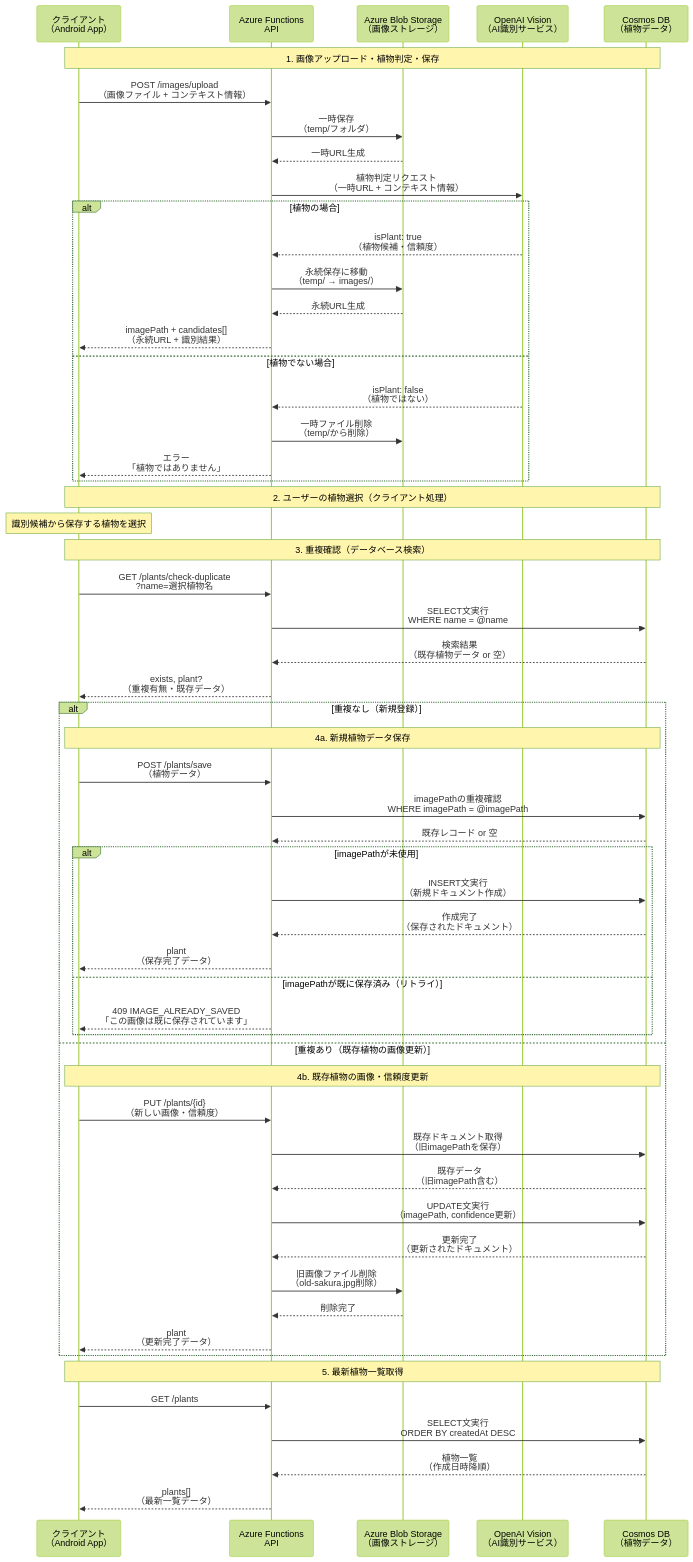
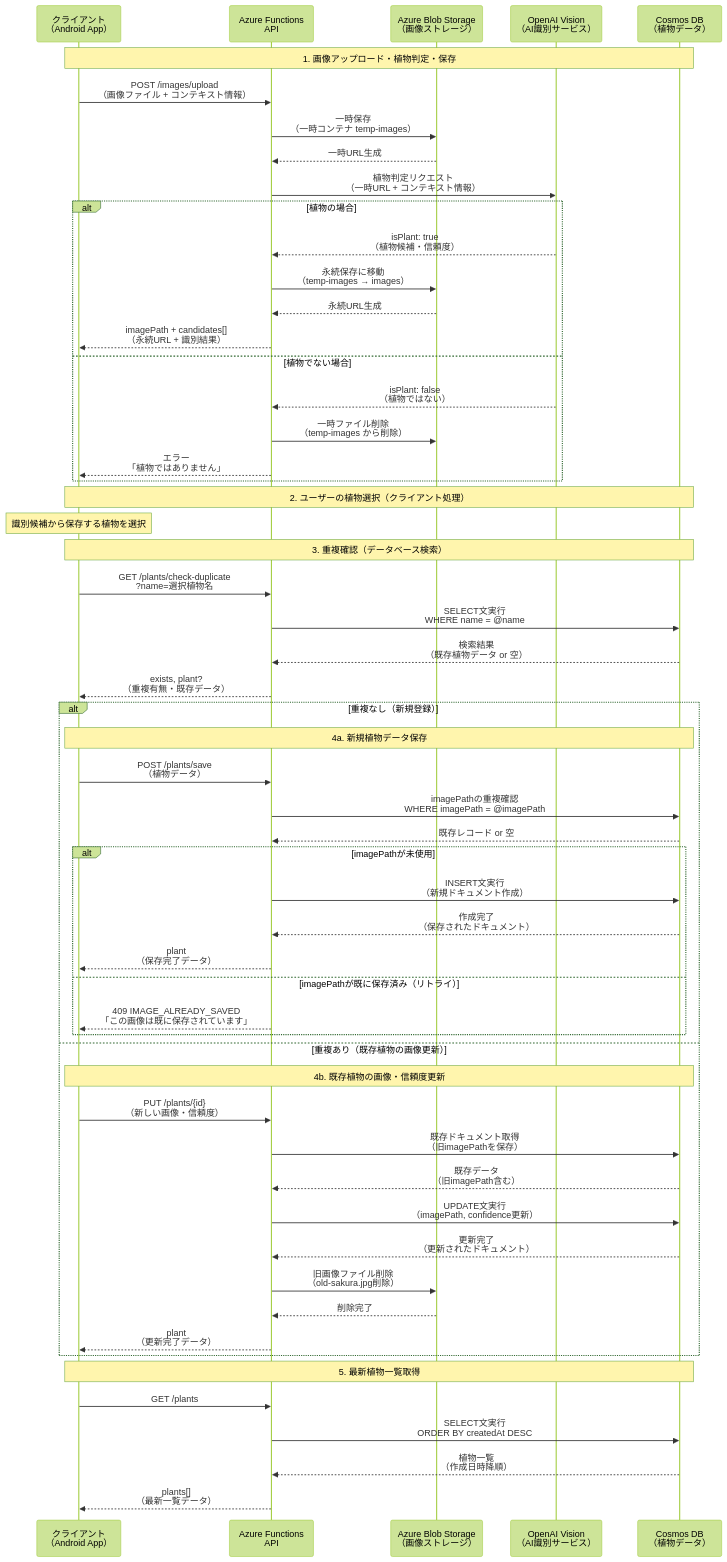
The first of 3 diagrams in docs/07_api_workflow.md (nmasashi/snaplant), drawn with Mermaid (forest theme) before and after one commit. The commit also changed other lines of this file and 12 other files, not shown here.

````diff
--- a/docs/07_api_workflow.md
+++ b/docs/07_api_workflow.md
@@ -12,65 +12,65 @@
 ```mermaid
 sequenceDiagram
     participant Client as クライアント<br/>（Android App）  
     participant API as Azure Functions<br/>API
     participant Blob as Azure Blob Storage<br/>（画像ストレージ）
     participant AI as OpenAI Vision<br/>（AI識別サービス）
     participant DB as Cosmos DB<br/>（植物データ）
 
     Note over Client,DB: 1. 画像アップロード・植物判定・保存
     Client->>API: POST /images/upload<br/>（画像ファイル + コンテキスト情報）
-    API->>Blob: 一時保存<br/>（temp/フォルダ）
+    API->>Blob: 一時保存<br/>（一時コンテナ temp-images）
     Blob-->>API: 一時URL生成
     API->>AI: 植物判定リクエスト<br/>（一時URL + コンテキスト情報）
     
     alt 植物の場合
         AI-->>API: isPlant: true<br/>（植物候補・信頼度）
-        API->>Blob: 永続保存に移動<br/>（temp/ → images/）
+        API->>Blob: 永続保存に移動<br/>（temp-images → images）
         Blob-->>API: 永続URL生成
         API-->>Client: imagePath + candidates[]<br/>（永続URL + 識別結果）
     else 植物でない場合
         AI-->>API: isPlant: false<br/>（植物ではない）
-        API->>Blob: 一時ファイル削除<br/>（temp/から削除）
+        API->>Blob: 一時ファイル削除<br/>（temp-images から削除）
         API-->>Client: エラー<br/>「植物ではありません」
     end
 
     Note over Client,DB: 2. ユーザーの植物選択（クライアント処理）
     Note over Client: 識別候補から保存する植物を選択
 
     Note over Client,DB: 3. 重複確認（データベース検索）
     Client->>API: GET /plants/check-duplicate<br/>?name=選択植物名
     API->>DB: SELECT文実行<br/>WHERE name = @name
     DB-->>API: 検索結果<br/>（既存植物データ or 空）
     API-->>Client: exists, plant?<br/>（重複有無・既存データ）
 
     alt 重複なし（新規登録）
         Note over Client,DB: 4a. 新規植物データ保存
         Client->>API: POST /plants/save<br/>（植物データ）
         API->>DB: imagePathの重複確認<br/>WHERE imagePath = @imagePath
         DB-->>API: 既存レコード or 空
 
         alt imagePathが未使用
             API->>DB: INSERT文実行<br/>（新規ドキュメント作成）
             DB-->>API: 作成完了<br/>（保存されたドキュメント）
             API-->>Client: plant<br/>（保存完了データ）
         else imagePathが既に保存済み（リトライ）
             API-->>Client: 409 IMAGE_ALREADY_SAVED<br/>「この画像は既に保存されています」
         end
     else 重複あり（既存植物の画像更新）
         Note over Client,DB: 4b. 既存植物の画像・信頼度更新
         Client->>API: PUT /plants/{id}<br/>（新しい画像・信頼度）
         API->>DB: 既存ドキュメント取得<br/>（旧imagePathを保存）
         DB-->>API: 既存データ<br/>（旧imagePath含む）
         API->>DB: UPDATE文実行<br/>（imagePath, confidence更新）
         DB-->>API: 更新完了<br/>（更新されたドキュメント）
         API->>Blob: 旧画像ファイル削除<br/>（old-sakura.jpg削除）
         Blob-->>API: 削除完了
         API-->>Client: plant<br/>（更新完了データ）
     end
 
     Note over Client,DB: 5. 最新植物一覧取得
     Client->>API: GET /plants
     API->>DB: SELECT文実行<br/>ORDER BY createdAt DESC
     DB-->>API: 植物一覧<br/>（作成日時降順）
     API-->>Client: plants[]<br/>（最新一覧データ）
 ```
````
